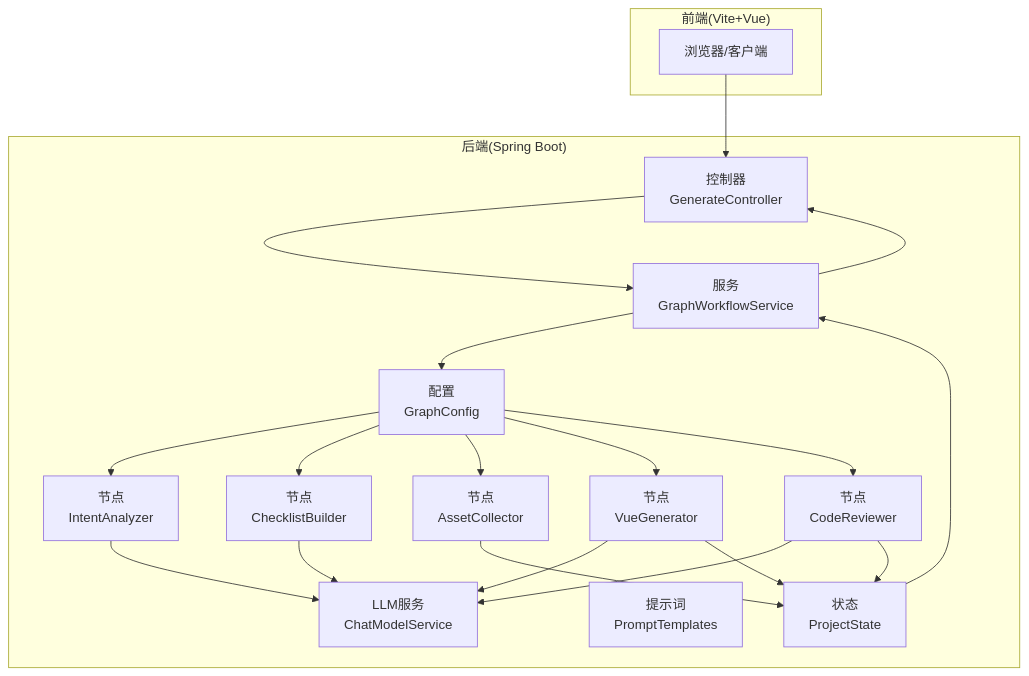
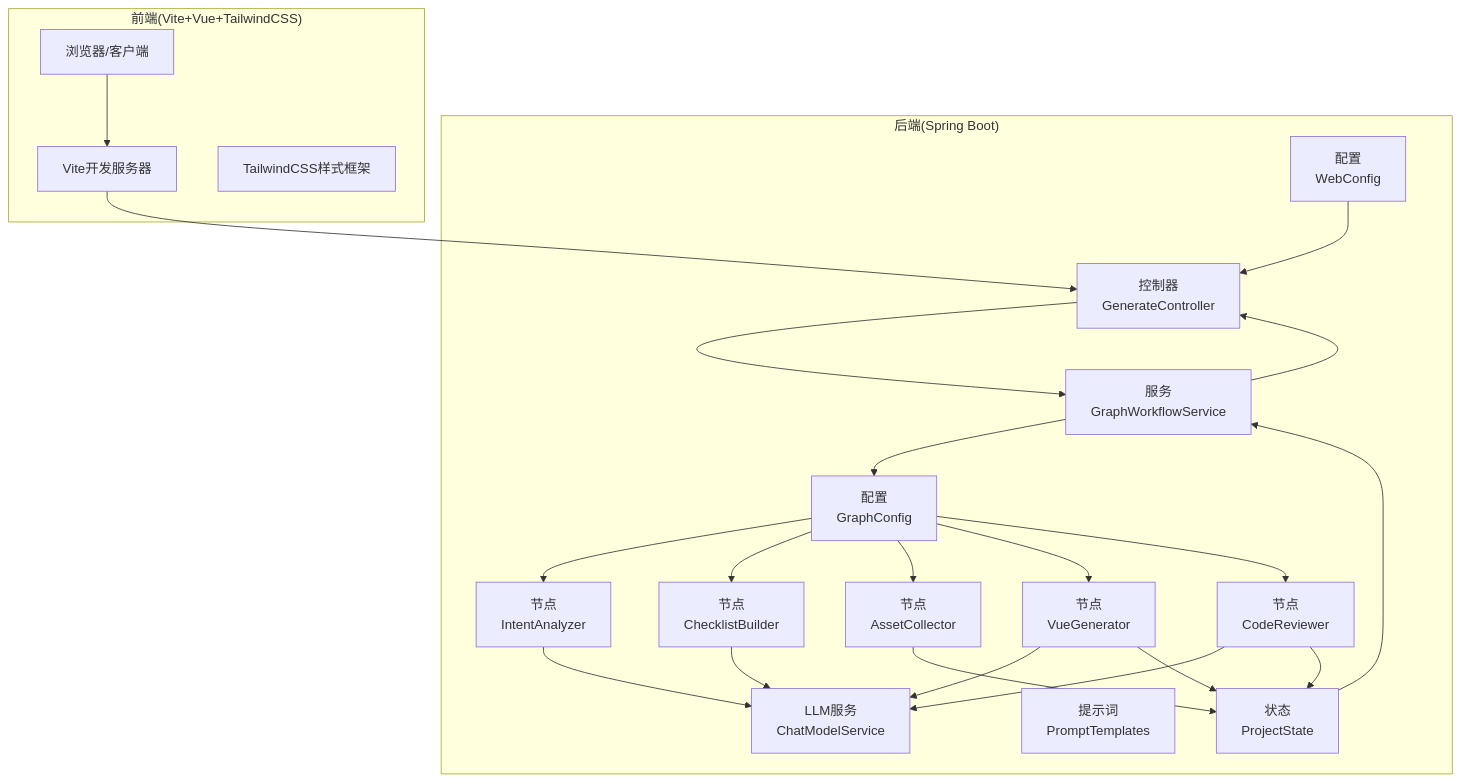
The first of 4 diagrams in .qoder/repowiki/zh/content/开发指南.md (CyanYuKi/WebSiteFrontendCodeMother), drawn with Mermaid before and after one commit. The commit also changed other lines of this file and 14 other files, not shown here.

````diff
--- a/.qoder/repowiki/zh/content/开发指南.md
+++ b/.qoder/repowiki/zh/content/开发指南.md
@@ -50,36 +57,41 @@
 ```mermaid
 graph TB
 subgraph "后端(Spring Boot)"
 C["控制器<br/>GenerateController"]
 S["服务<br/>GraphWorkflowService"]
 ST["状态<br/>ProjectState"]
 N1["节点<br/>IntentAnalyzer"]
 N2["节点<br/>ChecklistBuilder"]
 N3["节点<br/>AssetCollector"]
 N4["节点<br/>VueGenerator"]
 N5["节点<br/>CodeReviewer"]
 P["提示词<br/>PromptTemplates"]
 CFG["配置<br/>GraphConfig"]
+WC["配置<br/>WebConfig"]
 CM["LLM服务<br/>ChatModelService"]
 end
-subgraph "前端(Vite+Vue)"
+subgraph "前端(Vite+Vue+TailwindCSS)"
 FE["浏览器/客户端"]
+VITE["Vite开发服务器"]
+TAILWIND["TailwindCSS样式框架"]
 end
-FE --> C
+FE --> VITE
+VITE --> C
 C --> S
 S --> CFG
 CFG --> N1
 CFG --> N2
 CFG --> N3
 CFG --> N4
 CFG --> N5
 N1 --> CM
 N2 --> CM
 N3 --> ST
 N4 --> CM
 N4 --> ST
 N5 --> CM
 N5 --> ST
 ST --> S
 S --> C
+WC --> C
 ```
````
